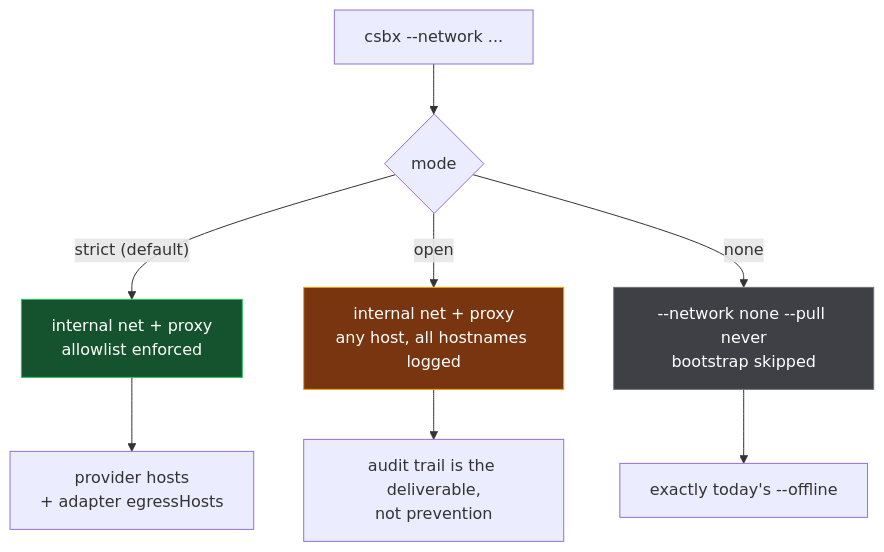
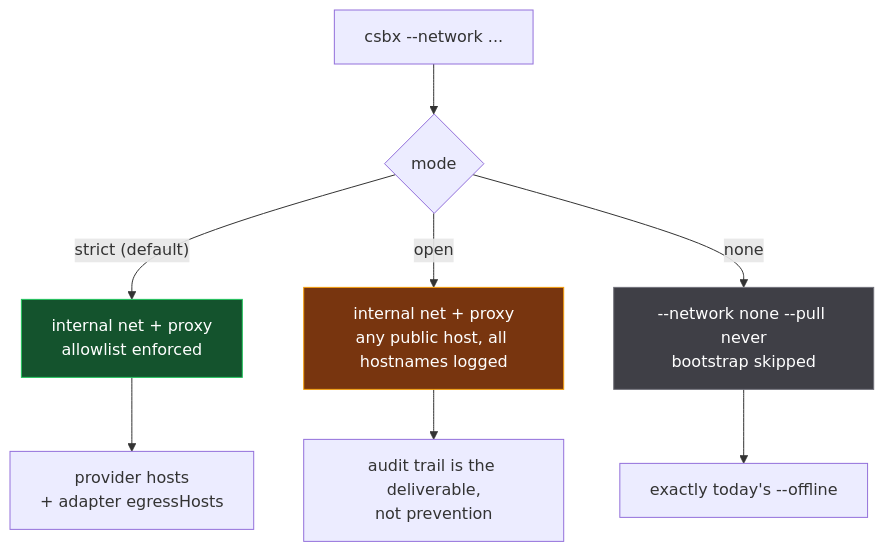
One commit to pixpilot/agent-tools changed the third of 9 diagrams in packages/coding-agent-sandbox/docs/network-hardening-plan.md. Above: the diagram before and after it, drawn with Mermaid. The commit also changed other lines of this file and 42 other files, not shown here.

````diff
--- a/packages/coding-agent-sandbox/docs/network-hardening-plan.md
+++ b/packages/coding-agent-sandbox/docs/network-hardening-plan.md
@@ -74,16 +74,16 @@
 ```mermaid
 flowchart TD
   Start["csbx --network ..."] --> Q{"mode"}
 
   Q -->|"strict (default)"| S["internal net + proxy<br/>allowlist enforced"]
-  Q -->|"open"| O["internal net + proxy<br/>any host, all hostnames logged"]
+  Q -->|"open"| O["internal net + proxy<br/>any public host, all hostnames logged"]
   Q -->|"none"| Z["--network none --pull never<br/>bootstrap skipped"]
 
   S --> S1["provider hosts<br/>+ adapter egressHosts"]
   O --> O1["audit trail is the deliverable,<br/>not prevention"]
   Z --> Z1["exactly today's --offline"]
 
   style S fill:#14532d,color:#fff,stroke:#22c55e
   style O fill:#78350f,color:#fff,stroke:#f59e0b
   style Z fill:#3f3f46,color:#fff,stroke:#71717a
 ```
````
